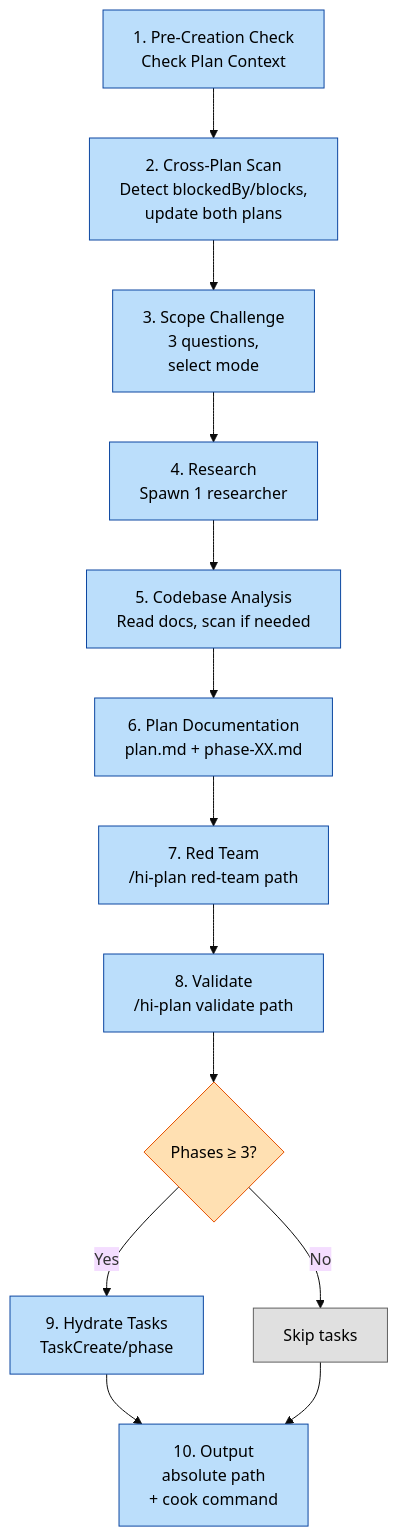
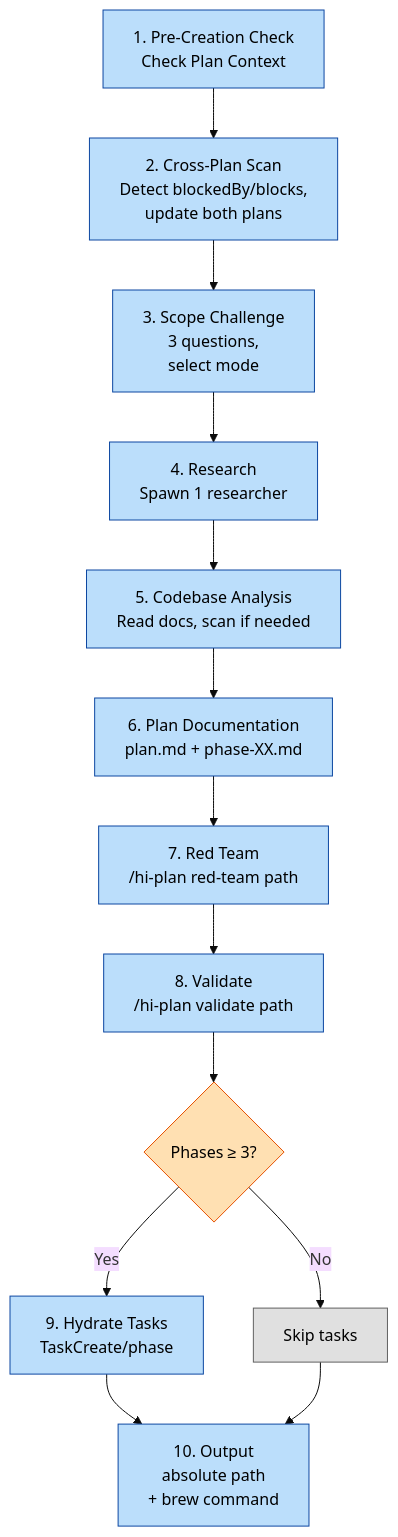
The fifth of 7 diagrams in devkit.md (baka3k/dev-kit), drawn with Mermaid (base theme) before and after one commit. The commit also changed other lines of this file and 5 other files, not shown here.

````diff
--- a/devkit.md
+++ b/devkit.md
@@ -134,23 +134,23 @@
 ```mermaid
 graph TD
     A[1. Pre-Creation Check<br/>Check Plan Context] --> B[2. Cross-Plan Scan<br/>Detect blockedBy/blocks,<br/>update both plans]
     B --> C[3. Scope Challenge<br/>3 questions,<br/>select mode]
     C --> D[4. Research<br/>Spawn 1 researcher]
     D --> E[5. Codebase Analysis<br/>Read docs, scan if needed]
     E --> F[6. Plan Documentation<br/>plan.md + phase-XX.md]
     F --> G[7. Red Team<br/>/hi-plan red-team path]
     G --> H[8. Validate<br/>/hi-plan validate path]
     H --> I{Phases ≥ 3?}
     I -->|Yes| J[9. Hydrate Tasks<br/>TaskCreate/phase]
     I -->|No| K[Skip tasks]
-    J --> L[10. Output<br/>absolute path<br/>+ cook command]
+    J --> L[10. Output<br/>absolute path<br/>+ brew command]
     K --> L
 
     classDef step fill:#bbdefb,stroke:#0d47a1,color:#000
     classDef skip fill:#e0e0e0,stroke:#616161,color:#000
     classDef gate fill:#ffe0b2,stroke:#e65100,color:#000
     class A,B,C,D,E,F,G,H,J,L step
     class K skip
     class I gate
 
 ```
````
